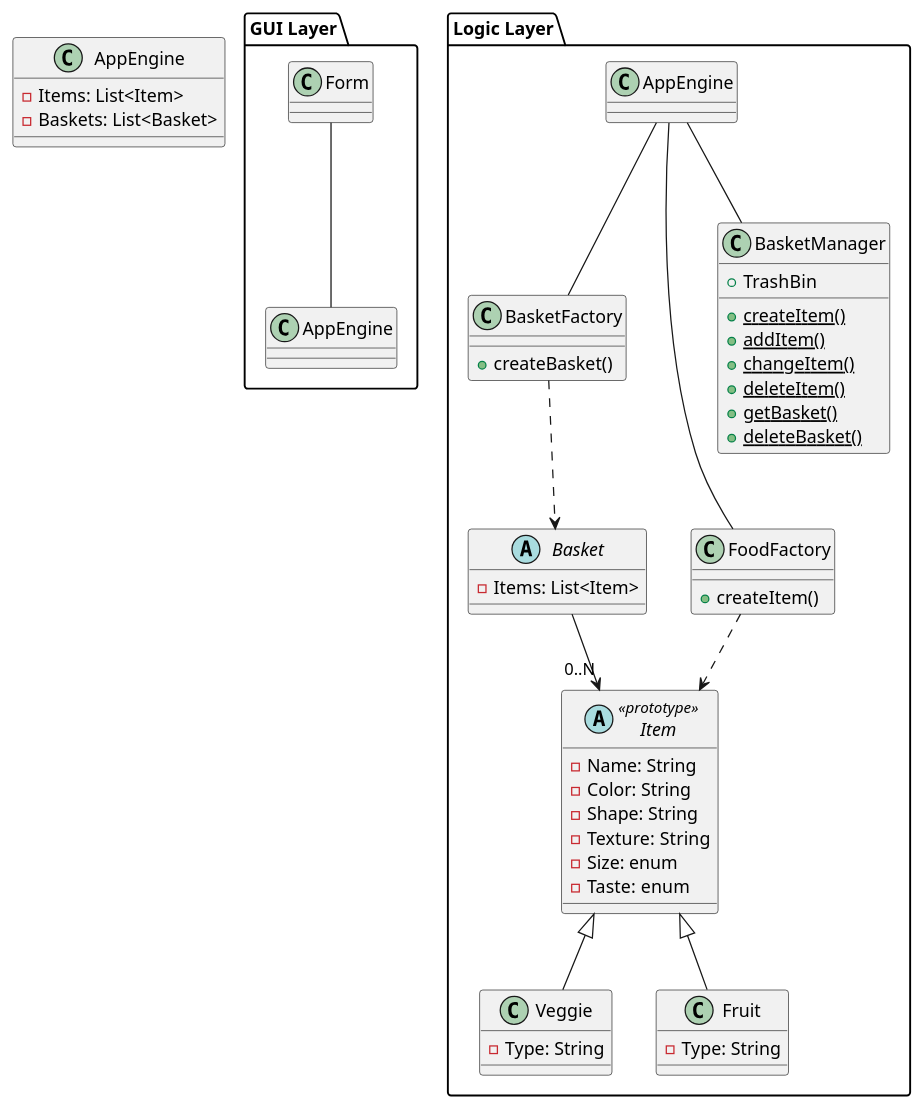
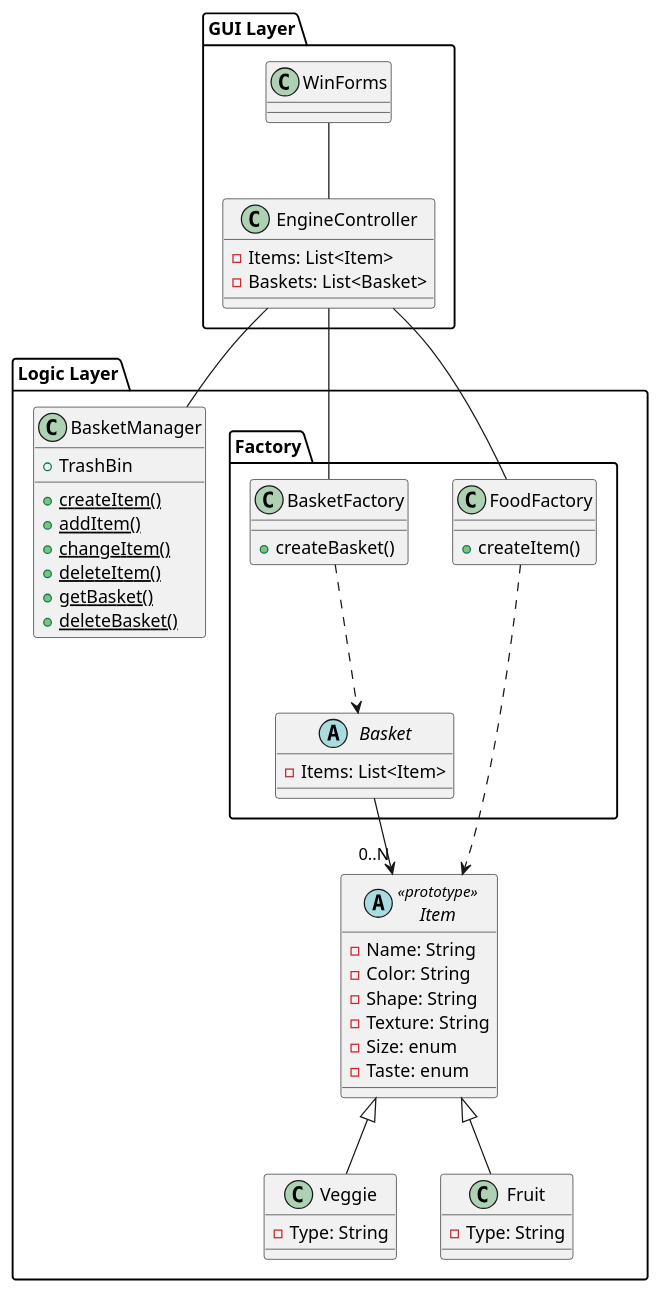
The diagram in FinalExamProject/Design_Documents/CharlesNorden-ClassDiagram.wsd (abenezerangelos/wsu-cpts321-Final), drawn with PlantUML before and after one commit.

Commit message:
Adjusted the UML diagram to isolate the Factories from the rest of the components in the Logic Layer

```diff
--- a/FinalExamProject/Design_Documents/CharlesNorden-ClassDiagram.wsd
+++ b/FinalExamProject/Design_Documents/CharlesNorden-ClassDiagram.wsd
@@ -1,62 +1,65 @@
 @startuml "Final Exam Project"
 
 package "GUI Layer" {
-    Form -- AppEngine
-}
+    class EngineController {
+        -Items: List<Item>
+        -Baskets: List<Basket>
+    }
 
-class AppEngine {
-    -Items: List<Item>
-    -Baskets: List<Basket>
+    WinForms -- EngineController
 }
 
 package "Logic Layer" {
-
-    abstract class Basket {
-        -Items: List<Item>
+    class BasketManager {
+        +TrashBin
+        {static} +createItem()
+        {static} +addItem()
+        {static} +changeItem()
+        {static} +deleteItem()
+        {static} +getBasket()
+        {static} +deleteBasket()
     }
-
+    
     abstract class Item << prototype >> {
         -Name: String
         -Color: String
         -Shape: String
         -Texture: String
         -Size: enum 
         -Taste: enum
     }
 
     class Veggie extends Item {
         -Type: String
     }
 
     class Fruit extends Item {
         -Type: String
     }
 
+
+    package Factory {
+    abstract class Basket {
+        -Items: List<Item>
+    }
+
     class BasketFactory {
         +createBasket()
     }
     
     class FoodFactory {
         +createItem()
     }
 
-    class BasketManager {
-        +TrashBin
-        {static} +createItem()
-        {static} +addItem()
-        {static} +changeItem()
-        {static} +deleteItem()
-        {static} +getBasket()
-        {static} +deleteBasket()
-    }
-    
     BasketFactory ..> Basket
     FoodFactory ..> Item
 
-    AppEngine -- BasketManager
-    AppEngine -- BasketFactory
-    AppEngine -- FoodFactory
+    EngineController -- BasketManager
+    EngineController -- BasketFactory
+    EngineController -- FoodFactory
 
     Basket --> "0..N" Item
+    }
+}
 
 @enduml
```
